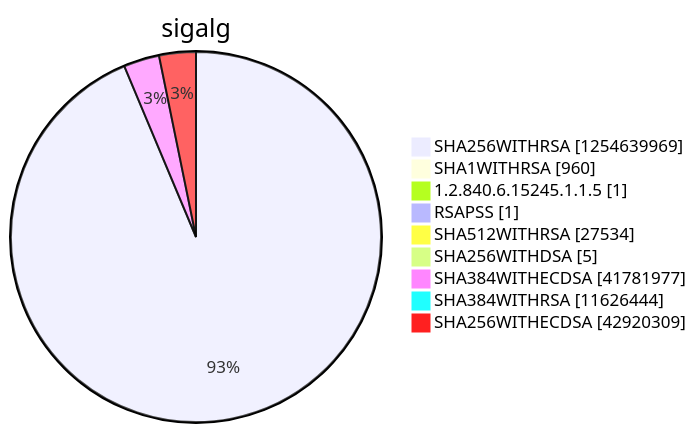
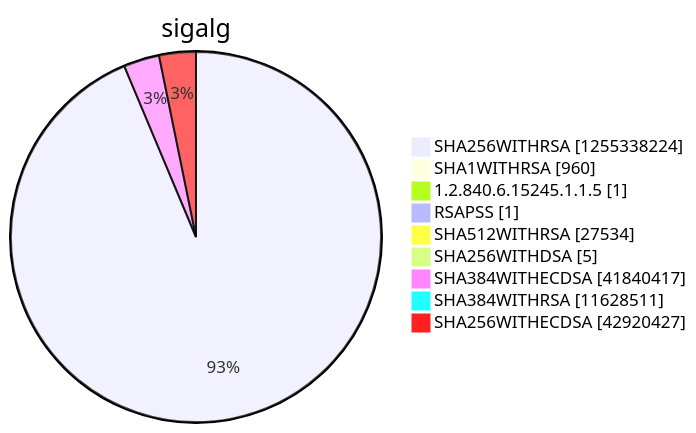
Before and after one commit to christiankrug/ctmonitor_visualization: diagram 15 of 15 in argon2022/README.md, drawn with Mermaid. The commit also changed other lines of this file, not shown here.

````diff
--- a/argon2022/README.md
+++ b/argon2022/README.md
@@ -5522,13 +5522,13 @@
 ```mermaid
 pie showData
 title sigalg
-"SHA256WITHRSA" :1254639969
+"SHA256WITHRSA" :1255338224
 "SHA1WITHRSA" :960
 "1.2.840.6.15245.1.1.5" :1
 "RSAPSS" :1
 "SHA512WITHRSA" :27534
 "SHA256WITHDSA" :5
-"SHA384WITHECDSA" :41781977
-"SHA384WITHRSA" :11626444
-"SHA256WITHECDSA" :42920309
+"SHA384WITHECDSA" :41840417
+"SHA384WITHRSA" :11628511
+"SHA256WITHECDSA" :42920427
 ```
````
